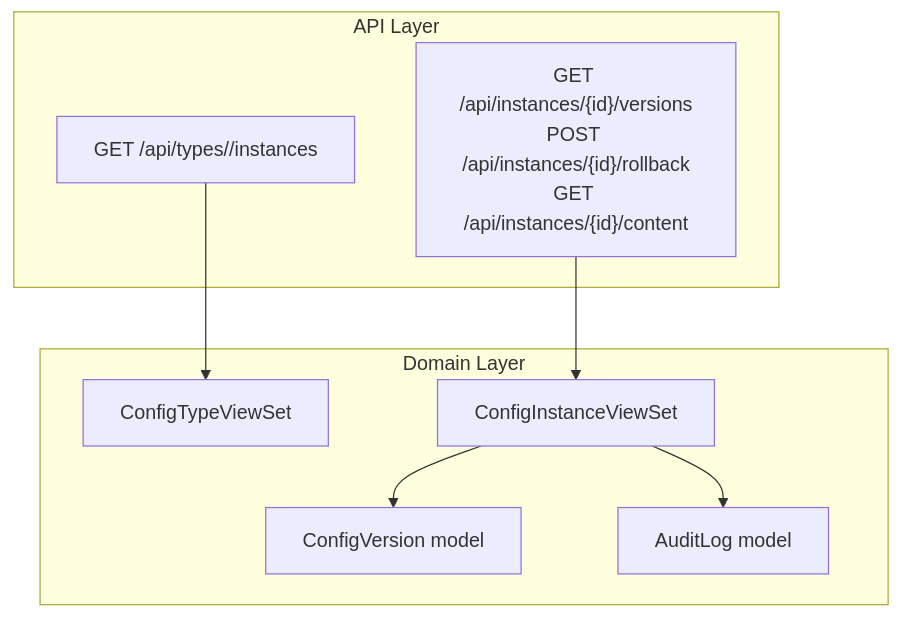
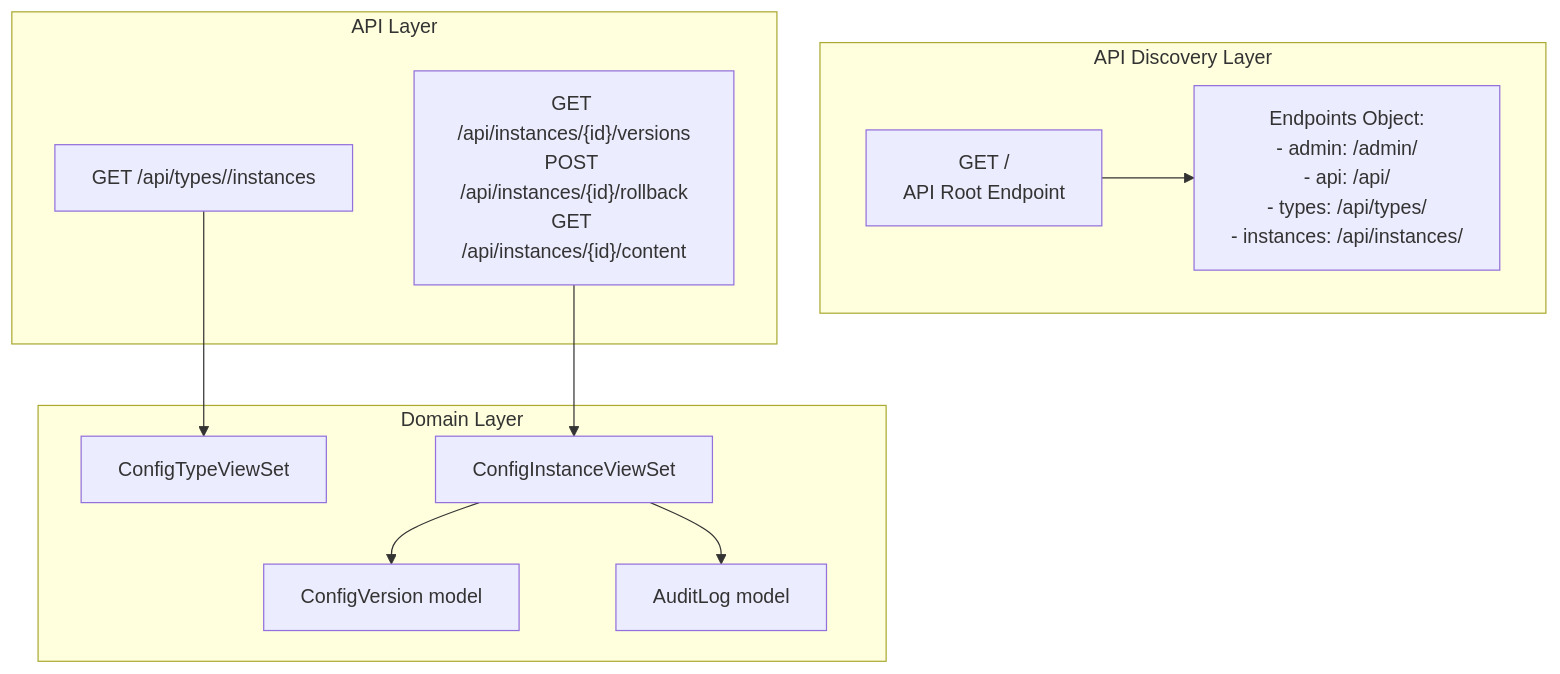
The second of 3 diagrams in .qoder/repowiki/en/content/Backend API Documentation/Backend API Documentation.md (fengyong/ai-ops), drawn with Mermaid before and after one commit. The commit also changed other lines of this file and 7 other files, not shown here.

````diff
--- a/.qoder/repowiki/en/content/Backend API Documentation/Backend API Documentation.md
+++ b/.qoder/repowiki/en/content/Backend API Documentation/Backend API Documentation.md
@@ -82,17 +99,22 @@
 ```mermaid
 graph TB
+subgraph "API Discovery Layer"
+RootEndpoint["GET /<br/>API Root Endpoint"]
+Endpoints["Endpoints Object:<br/>- admin: /admin/<br/>- api: /api/<br/>- types: /api/types/<br/>- instances: /api/instances/"]
+end
 subgraph "API Layer"
 Types["GET /api/types/<name>/instances"]
 Instances["GET /api/instances/{id}/versions<br/>POST /api/instances/{id}/rollback<br/>GET /api/instances/{id}/content"]
 end
 subgraph "Domain Layer"
 VSetT["ConfigTypeViewSet"]
 VSetI["ConfigInstanceViewSet"]
 Versions["ConfigVersion model"]
 Audit["AuditLog model"]
 end
+RootEndpoint --> Endpoints
 Types --> VSetT
 Instances --> VSetI
 VSetI --> Versions
 VSetI --> Audit
 ```
````
